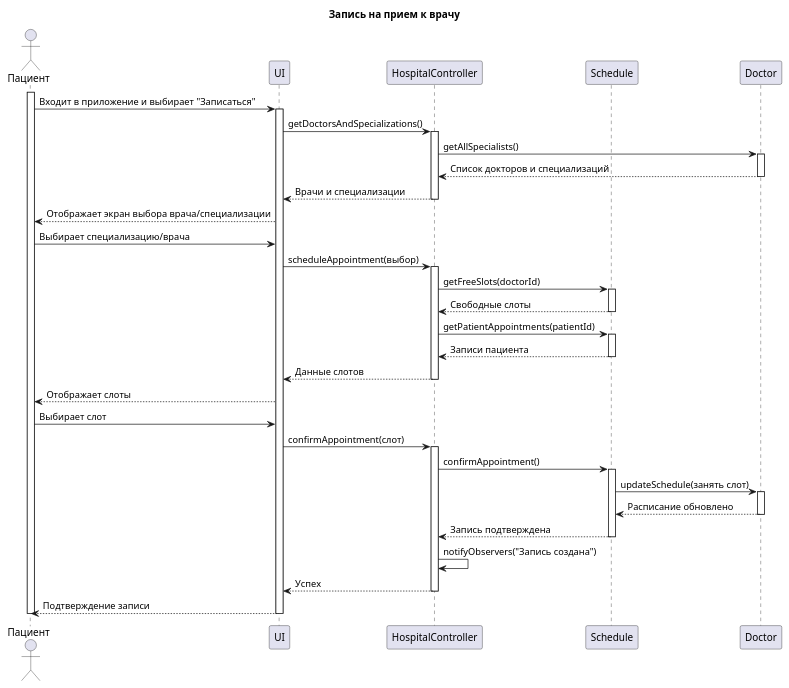
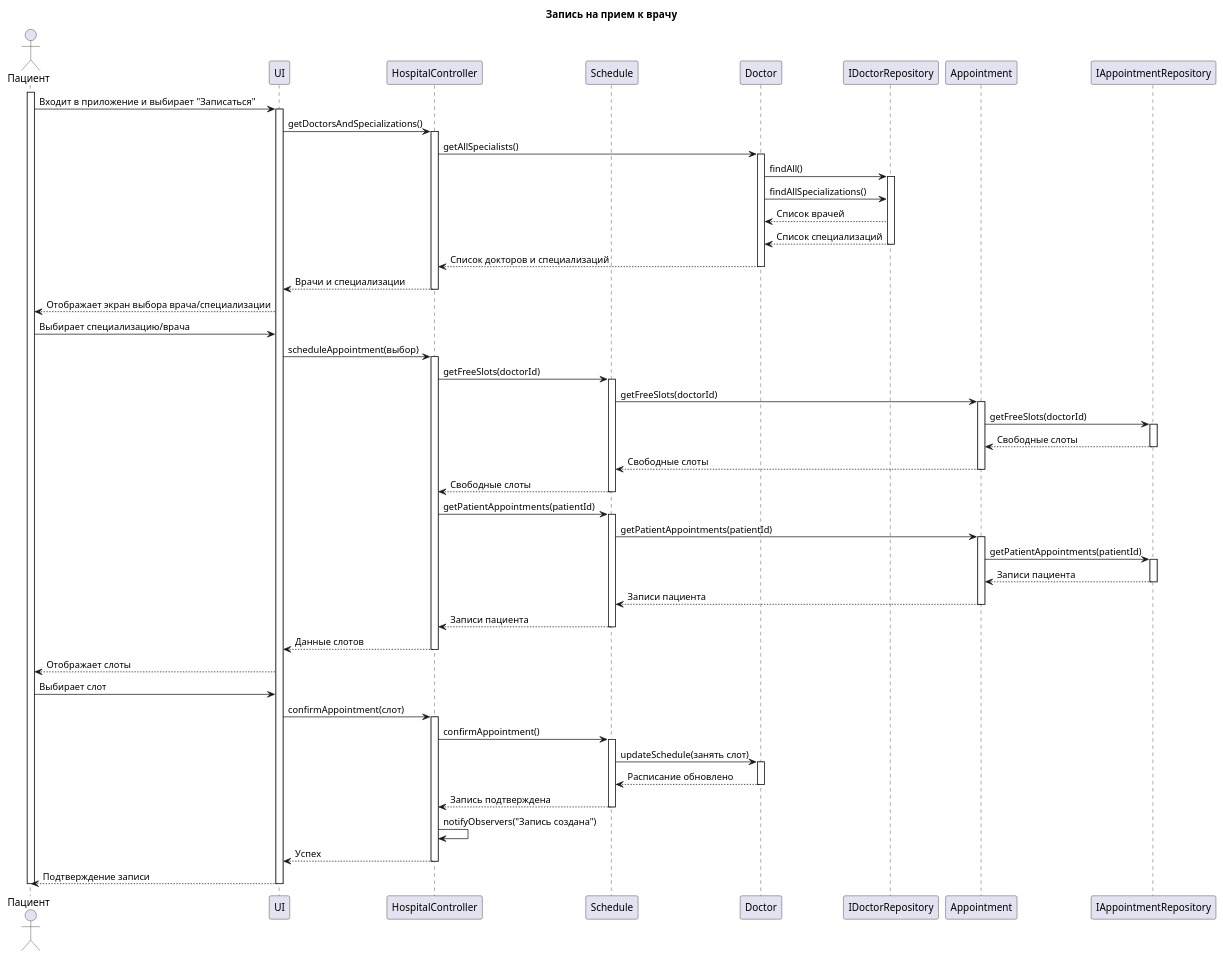
Before and after one commit to penamarth/bsbo-02-23_team5_var3_clinic: the diagram in UseCase_Scheduling_an_appointment/SequenceDiagram.md, drawn with PlantUML. The commit also changed 2 other files, not shown here.

Commit message:
seq diag fix

```diff
--- a/UseCase_Scheduling_an_appointment/SequenceDiagram.md
+++ b/UseCase_Scheduling_an_appointment/SequenceDiagram.md
@@ -1,51 +1,76 @@
 @startuml
 title Запись на прием к врачу
 actor "Пациент" as Patient
 participant "UI" as UI
 participant "HospitalController" as HC
 participant "Schedule" as S
 participant "Doctor" as D
+participant "IDoctorRepository" as IDR
+participant "Appointment" as A
+participant "IAppointmentRepository" as IAR
 activate Patient
 Patient -> UI: Входит в приложение и выбирает "Записаться"
 activate UI
 UI -> HC: getDoctorsAndSpecializations()
 activate HC
 HC -> D: getAllSpecialists()
 activate D
+D -> IDR: findAll()
+activate IDR
+D -> IDR: findAllSpecializations()
+IDR --> D: Список врачей
+IDR --> D: Список специализаций
+deactivate IDR
 D --> HC: Список докторов и специализаций
 deactivate D
 HC --> UI: Врачи и специализации
 deactivate HC
 UI --> Patient: Отображает экран выбора врача/специализации
 Patient -> UI: Выбирает специализацию/врача
 UI -> HC: scheduleAppointment(выбор)
 activate HC
 HC -> S: getFreeSlots(doctorId)
 activate S
+S -> A: getFreeSlots(doctorId)
+activate A
+A -> IAR: getFreeSlots(doctorId)
+activate IAR
+IAR --> A: Свободные слоты
+deactivate IAR
+A --> S: Свободные слоты
+deactivate A
 S --> HC: Свободные слоты
 deactivate S
 HC -> S: getPatientAppointments(patientId)
 activate S
+S -> A: getPatientAppointments(patientId)
+activate A
+A -> IAR: getPatientAppointments(patientId)
+activate IAR
+IAR --> A: Записи пациента
+deactivate IAR
+A --> S: Записи пациента
+deactivate A
 S --> HC: Записи пациента
 deactivate S
 HC --> UI: Данные слотов
 deactivate HC
 UI --> Patient: Отображает слоты
 Patient -> UI: Выбирает слот
 UI -> HC: confirmAppointment(слот)
 activate HC
 HC -> S: confirmAppointment()
 activate S
 S -> D: updateSchedule(занять слот)
 activate D
 D --> S: Расписание обновлено
 deactivate D
 S --> HC: Запись подтверждена
 deactivate S
 HC -> HC: notifyObservers("Запись создана")
 HC --> UI: Успех
 deactivate HC
 UI --> Patient: Подтверждение записи
 deactivate UI
 deactivate Patient
 @enduml
```
